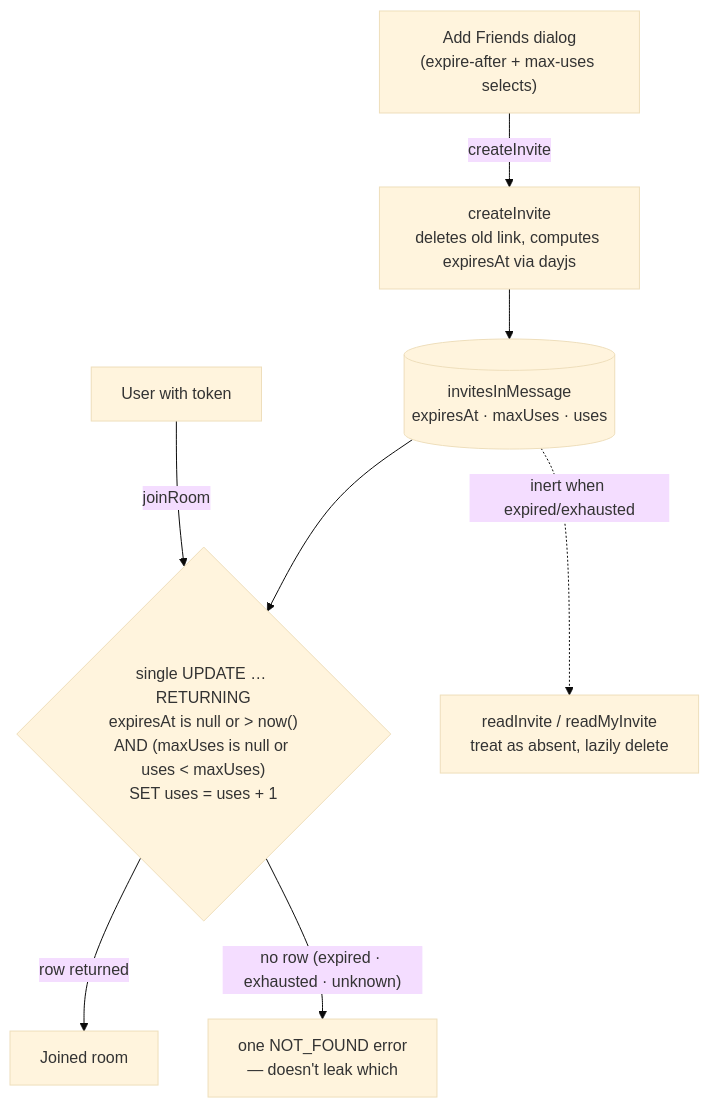
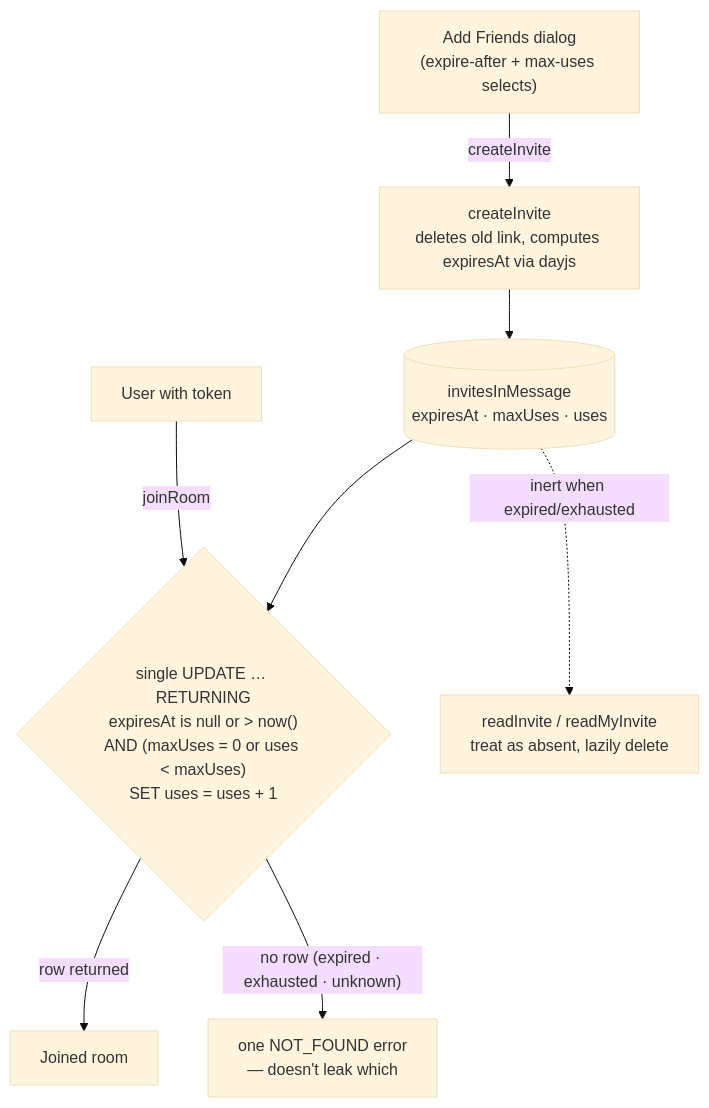
The diagram in packages/app/content/docs/esbabbler/invites.md (Esposter/Esposter), drawn with Mermaid (base theme) before and after one commit. The commit also changed other lines of this file and 23 other files, not shown here.

Commit message:
fix: db schema

````diff
--- a/packages/app/content/docs/esbabbler/invites.md
+++ b/packages/app/content/docs/esbabbler/invites.md
@@ -12,10 +12,10 @@
 ```mermaid
 flowchart TD
     dialog["Add Friends dialog<br/>(expire-after + max-uses selects)"] -->|createInvite| create["createInvite<br/>deletes old link, computes expiresAt via dayjs"]
     create --> row[("invitesInMessage<br/>expiresAt · maxUses · uses")]
-    joiner["User with token"] -->|joinRoom| check{"single UPDATE … RETURNING<br/>expiresAt is null or > now()<br/>AND (maxUses is null or uses < maxUses)<br/>SET uses = uses + 1"}
+    joiner["User with token"] -->|joinRoom| check{"single UPDATE … RETURNING<br/>expiresAt is null or > now()<br/>AND (maxUses = 0 or uses < maxUses)<br/>SET uses = uses + 1"}
     row --> check
     check -->|row returned| member["Joined room"]
     check -->|"no row (expired · exhausted · unknown)"| invalid["one NOT_FOUND error<br/>— doesn't leak which"]
     row -.->|"inert when expired/exhausted"| reads["readInvite / readMyInvite<br/>treat as absent, lazily delete"]
 ```
````
